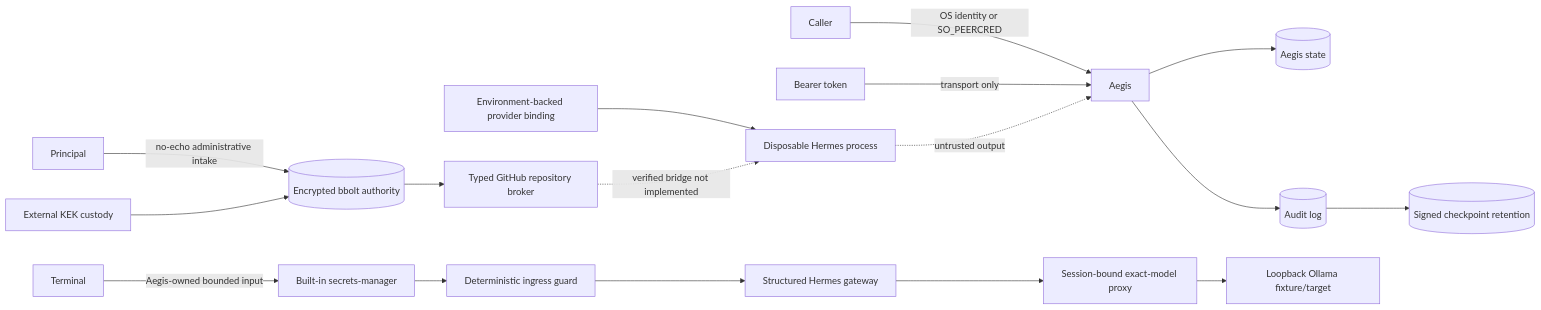
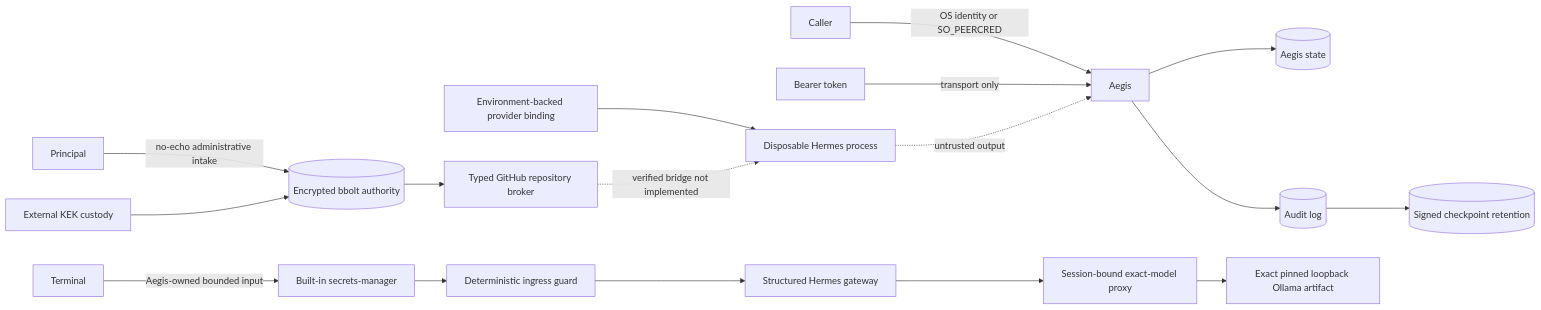
One commit to berryhill/aegis changed the diagram in docs/THREAT_MODEL.md. Above: the diagram before and after it, drawn with Mermaid. The commit also changed other lines of this file and 42 other files, not shown here.

````diff
--- a/docs/THREAT_MODEL.md
+++ b/docs/THREAT_MODEL.md
@@ -17,19 +17,19 @@
 ```mermaid
 flowchart LR
   Caller -->|OS identity or SO_PEERCRED| Aegis
   Token[Bearer token] -->|transport only| Aegis
   Aegis --> Store[(Aegis state)]
   Env[Environment-backed provider binding] --> Hermes[Disposable Hermes process]
   Principal -->|no-echo administrative intake| Authority[(Encrypted bbolt authority)]
   KEK[External KEK custody] --> Authority
   Authority --> Broker[Typed GitHub repository broker]
   Broker -. verified bridge not implemented .-> Hermes
   Aegis --> Audit[(Audit log)]
   Audit --> Checkpoint[(Signed checkpoint retention)]
   Hermes -. untrusted output .-> Aegis
   Terminal -->|Aegis-owned bounded input| Manager[Built-in secrets-manager]
   Manager --> Guard[Deterministic ingress guard]
   Guard --> Gateway[Structured Hermes gateway]
   Gateway --> Proxy[Session-bound exact-model proxy]
-  Proxy --> Ollama[Loopback Ollama fixture/target]
+  Proxy --> Ollama[Exact pinned loopback Ollama artifact]
 ```
````
